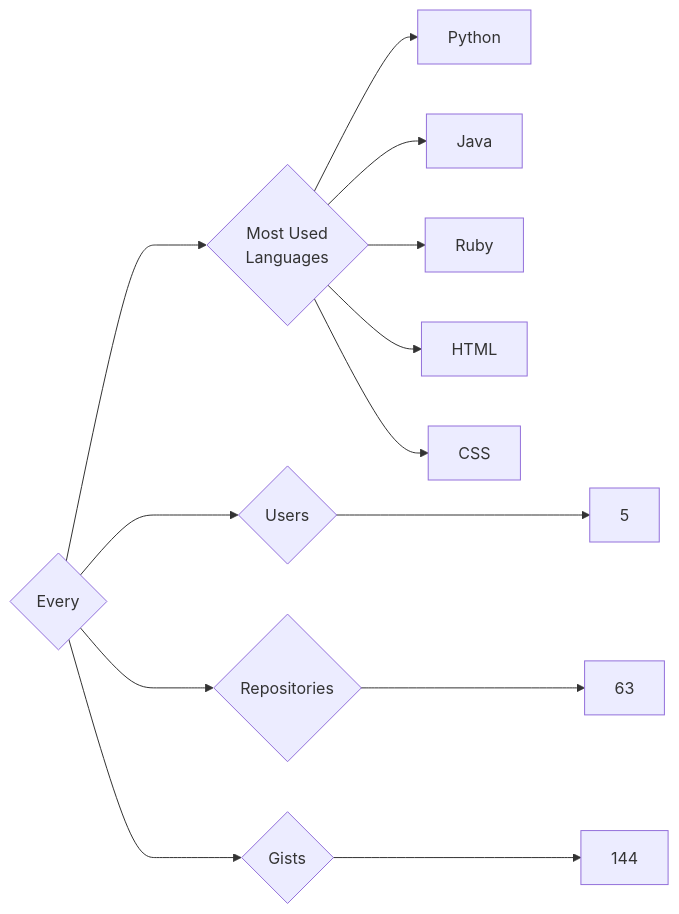
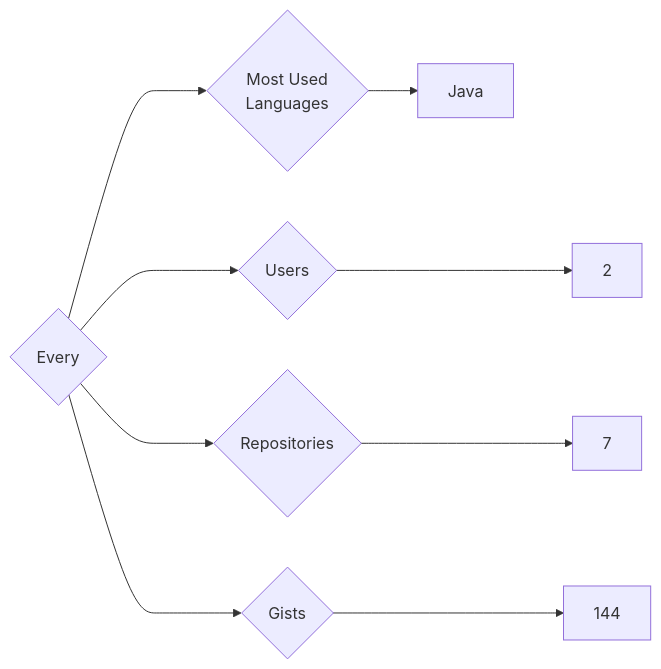
One commit to trickest/insiders changed the diagram in targets/Every/README.md. Above: the diagram before and after it, drawn with Mermaid. The commit also changed 912 other files, not shown here.

````diff
--- a/targets/Every/README.md
+++ b/targets/Every/README.md
@@ -3,13 +3,9 @@
 ```mermaid
 graph LR
 COMPANY_NAME{Every}
-COMPANY_NAME ---> U{Users} ---> UN[5]
-COMPANY_NAME ---> R{Repositories} ---> RN[63]
+COMPANY_NAME ---> U{Users} ---> UN[2]
+COMPANY_NAME ---> R{Repositories} ---> RN[7]
 COMPANY_NAME ---> G{Gists} ---> GN[144]
 COMPANY_NAME ---> ML{Most Used<br>Languages}
-ML --> Python[Python]
 ML --> Java[Java]
-ML --> Ruby[Ruby]
-ML --> HTML[HTML]
-ML --> CSS[CSS]
 ```
````
